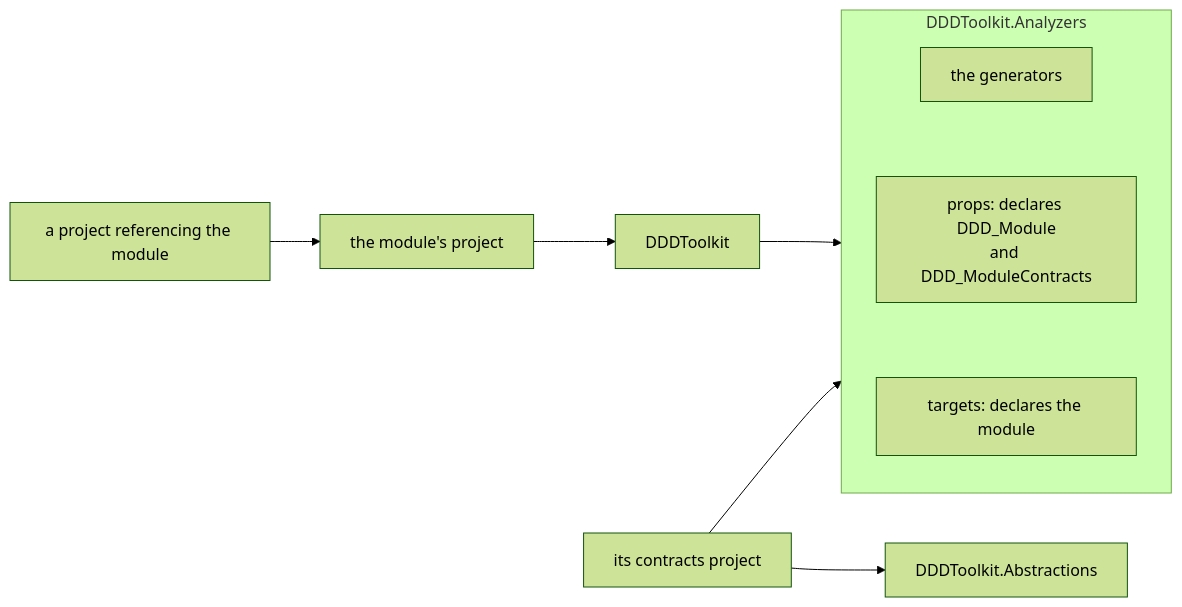
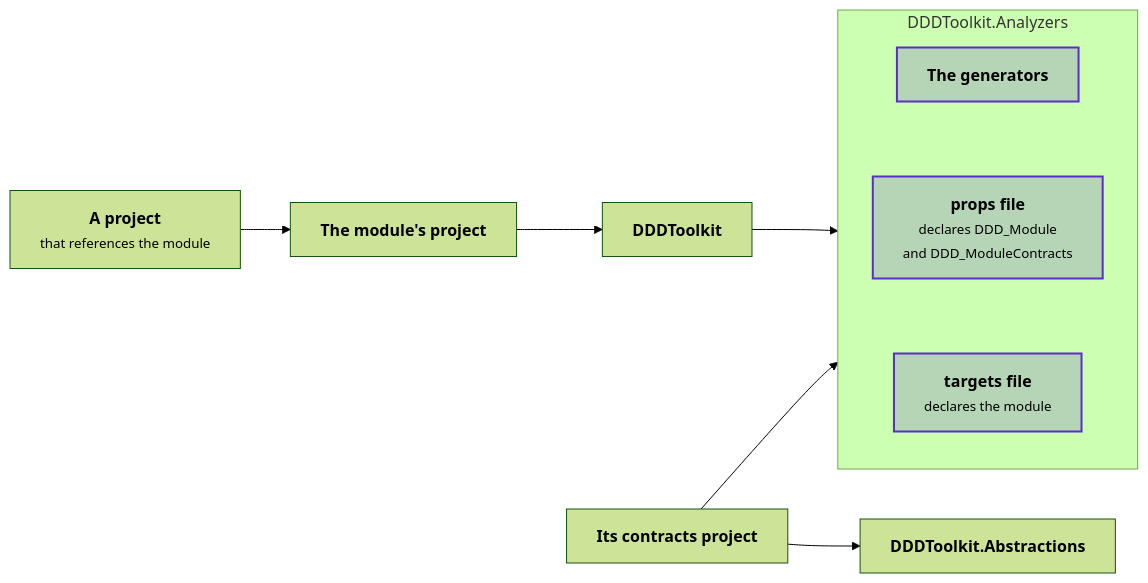
One commit to DylanSnel/DDDToolkit changed the fifth of 5 diagrams in docs/modules.md. Above: the diagram before and after it, drawn with Mermaid (forest theme). The commit also changed other lines of this file and 41 other files, not shown here.

First line of the commit message:
Docs: plain prose, one word per concept, and readable diagrams on every page

````diff
--- a/docs/modules.md
+++ b/docs/modules.md
@@ -808,12 +894,14 @@
 ```mermaid
 flowchart LR
-    Host["a project referencing the module"] --> Module["the module's project"]
-    Module --> Core["DDDToolkit"]
-    Core --> Analyzers
-    Contracts["its contracts project"] --> Abstractions["DDDToolkit.Abstractions"]
-    Contracts --> Analyzers
-    subgraph Analyzers ["DDDToolkit.Analyzers"]
+    host["<b>A project</b><br/><small>that references the module</small>"] --> module["<b>The module's project</b>"]
+    module --> core["<b>DDDToolkit</b>"]
+    core --> analyzers
+    contracts["<b>Its contracts project</b>"] --> abstractions["<b>DDDToolkit.Abstractions</b>"]
+    contracts --> analyzers
+    subgraph analyzers ["DDDToolkit.Analyzers"]
         direction TB
-        Generators["the generators"] ~~~ Props["props: declares DDD_Module<br/>and DDD_ModuleContracts"] ~~~ Targets["targets: declares the module"]
+        generators["<b>The generators</b>"] ~~~ props["<b>props file</b><br/><small>declares DDD_Module<br/>and DDD_ModuleContracts</small>"] ~~~ targets["<b>targets file</b><br/><small>declares the module</small>"]
     end
+    classDef strong fill:#5b2ec933,stroke:#5b2ec9,stroke-width:2px
+    class generators,props,targets strong
 ```
````
